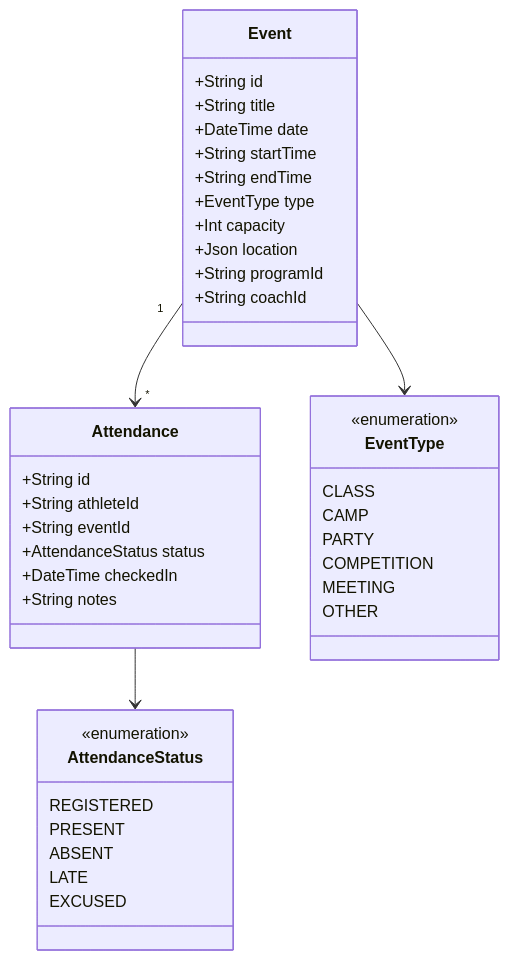
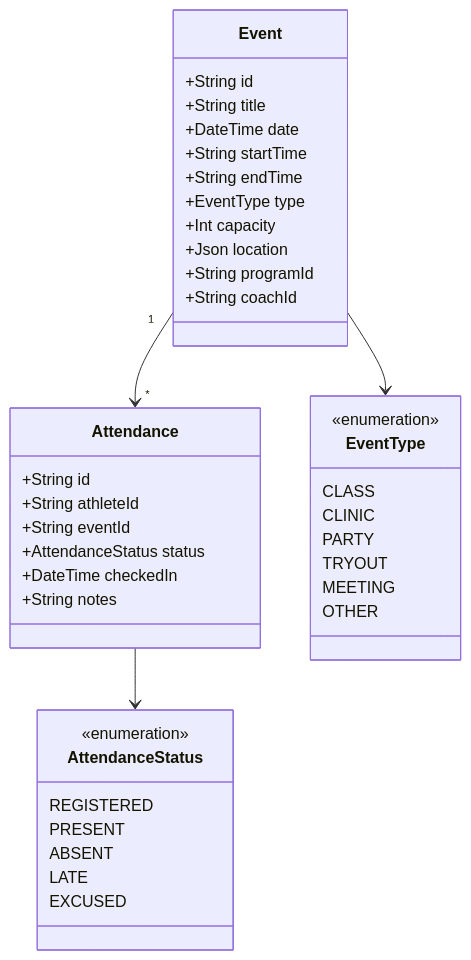
The sixth of 13 diagrams in docs/data-structure.md (nadilifter/twizzle), drawn with Mermaid before and after one commit. The commit also changed other lines of this file and 14 other files, not shown here.

First line of the commit message:
feat: replace camp and competition event types with clinic and tryout

````diff
--- a/docs/data-structure.md
+++ b/docs/data-structure.md
@@ -297,47 +297,47 @@
 ```mermaid
 classDiagram
     class Event {
         +String id
         +String title
         +DateTime date
         +String startTime
         +String endTime
         +EventType type
         +Int capacity
         +Json location
         +String programId
         +String coachId
     }
 
     class Attendance {
         +String id
         +String athleteId
         +String eventId
         +AttendanceStatus status
         +DateTime checkedIn
         +String notes
     }
 
     class EventType {
         <<enumeration>>
         CLASS
-        CAMP
+        CLINIC
         PARTY
-        COMPETITION
+        TRYOUT
         MEETING
         OTHER
     }
 
     class AttendanceStatus {
         <<enumeration>>
         REGISTERED
         PRESENT
         ABSENT
         LATE
         EXCUSED
     }
 
     Event "1" --> "*" Attendance
     Event --> EventType
     Attendance --> AttendanceStatus
 ```
````
